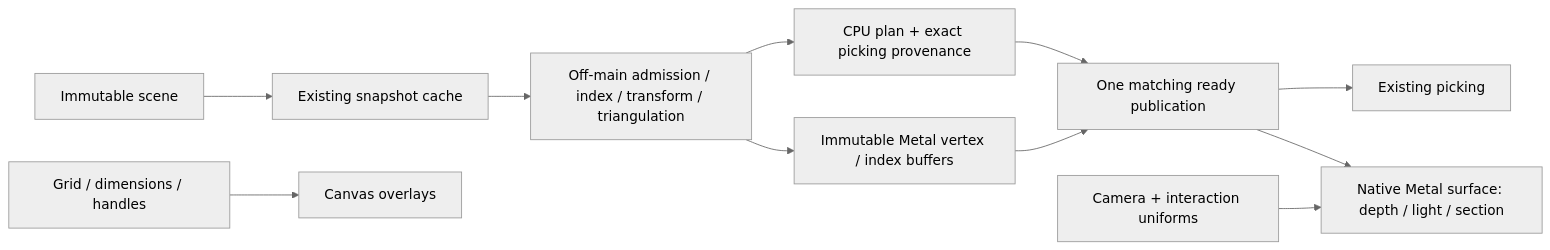
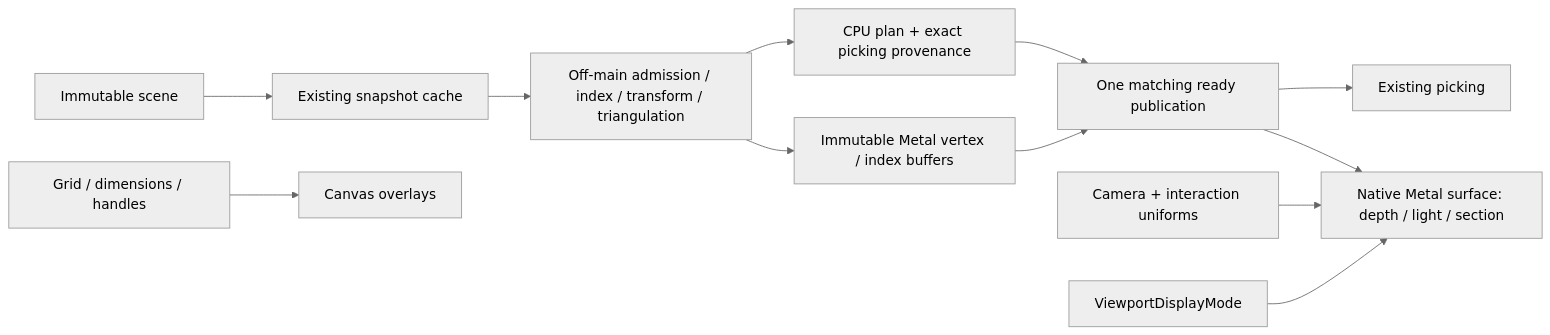
Before and after one commit to 1amageek/Rupa: the diagram in RupaKit/Sources/RupaRendering/DESIGN.md, drawn with Mermaid (neutral theme). The commit also changed other lines of this file and 13 other files, not shown here.

Commit message:
feat: add viewport display modes and workspace definition navigation

````diff
--- a/RupaKit/Sources/RupaRendering/DESIGN.md
+++ b/RupaKit/Sources/RupaRendering/DESIGN.md
@@ -39,13 +41,14 @@
 ```mermaid
 flowchart LR
     Scene["Immutable scene"] --> Cache["Existing snapshot cache"]
     Cache --> Build["Off-main admission / index / transform / triangulation"]
     Build --> Plan["CPU plan + exact picking provenance"]
     Build --> GPU["Immutable Metal vertex / index buffers"]
     Plan --> Ready["One matching ready publication"]
     GPU --> Ready
     Ready --> Picking["Existing picking"]
     Ready --> Surface["Native Metal surface: depth / light / section"]
     Camera["Camera + interaction uniforms"] --> Surface
+    Mode["ViewportDisplayMode"] --> Surface
     Overlay["Grid / dimensions / handles"] --> Canvas["Canvas overlays"]
 ```
````
